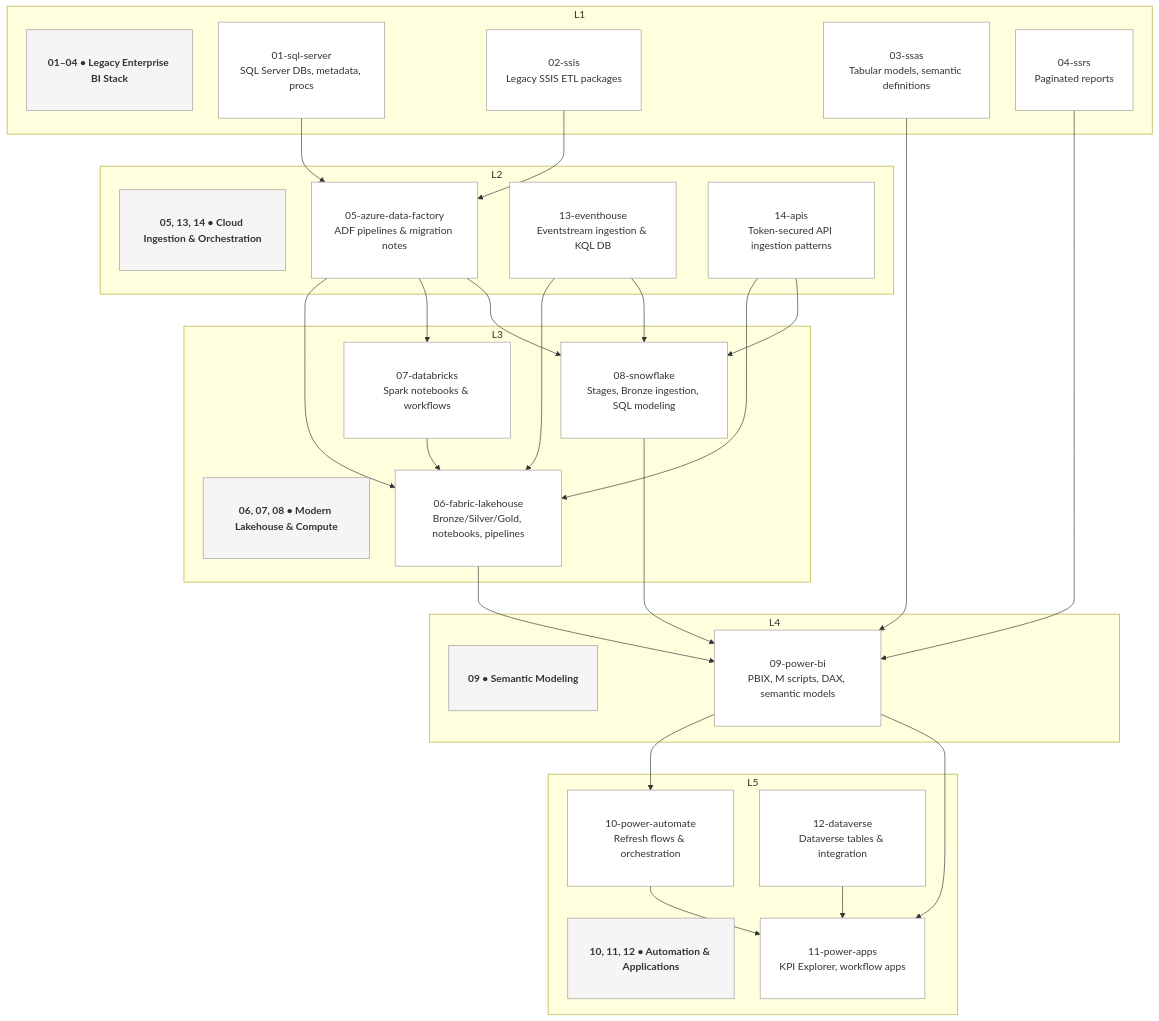
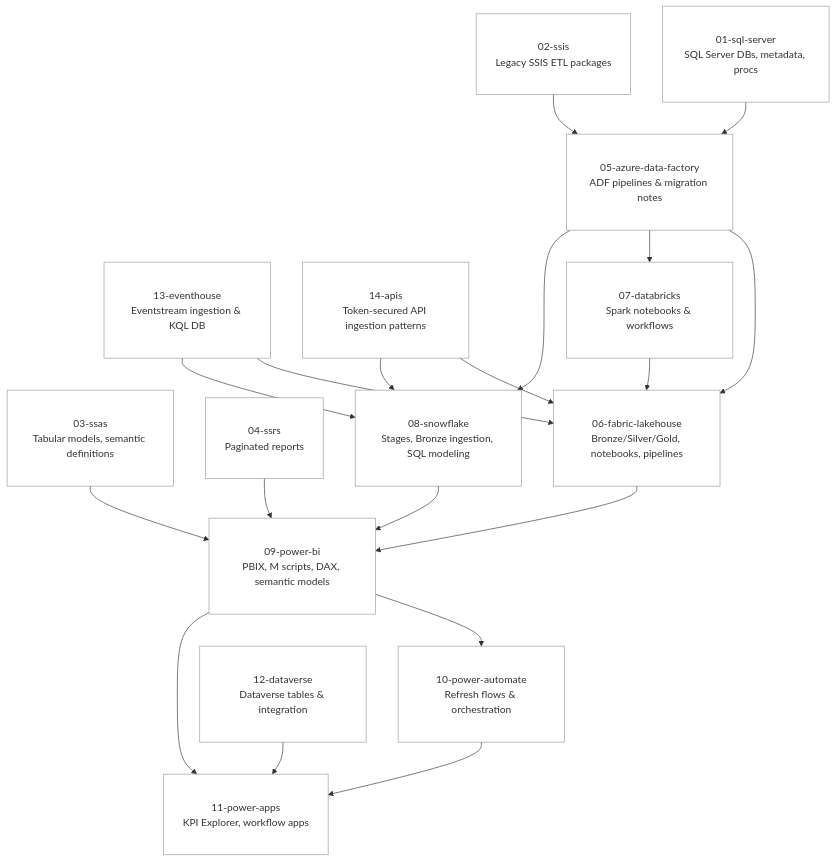
The diagram in docs/README.md (michaelraylloyd/gulf-to-bay-analytics-modernization), drawn with Mermaid before and after one commit.

Commit message:
Expanded SQL Server modernization narrative; added GTB-aligned documentation and DBA toolkit headers

````diff
--- a/docs/README.md
+++ b/docs/README.md
@@ -573,68 +573,33 @@
 ```mermaid
-%%{init: {'flowchart': {'nodeSpacing': 40, 'rankSpacing': 50}}}%%
-
 flowchart TB
 
-classDef pad fill:#ffffff,stroke:#999,stroke-width:1px,margin:20px,padding:10px;
-classDef subheader fill:#f5f5f5,stroke:#999,stroke-width:1px,font-weight:bold,padding:6px;
+classDef box fill:#ffffff,stroke:#999,stroke-width:1px,padding:10px;
 
-%% ---------------------------------------------------------
-%% L1 — LEGACY ENTERPRISE BI STACK
-%% ---------------------------------------------------------
-subgraph L1
-    L1_HDR["<b>01–04 • Legacy Enterprise BI Stack</b>"]:::subheader
+%% L1
+SQL[01-sql-server<br/>SQL Server DBs, metadata, procs]:::box
+SSIS[02-ssis<br/>Legacy SSIS ETL packages]:::box
+SSAS[03-ssas<br/>Tabular models, semantic definitions]:::box
+SSRS[04-ssrs<br/>Paginated reports]:::box
 
-    SQL[01-sql-server<br/>SQL Server DBs, metadata, procs]:::pad
-    SSIS[02-ssis<br/>Legacy SSIS ETL packages]:::pad
-    SSAS[03-ssas<br/>Tabular models, semantic definitions]:::pad
-    SSRS[04-ssrs<br/>Paginated reports]:::pad
-end
+%% L2
+ADF[05-azure-data-factory<br/>ADF pipelines & migration notes]:::box
+EVENT[13-eventhouse<br/>Eventstream ingestion & KQL DB]:::box
+APIS[14-apis<br/>Token-secured API ingestion patterns]:::box
 
-%% ---------------------------------------------------------
-%% L2 — CLOUD INGESTION & ORCHESTRATION
-%% ---------------------------------------------------------
-subgraph L2
-    L2_HDR["<b>05, 13, 14 • Cloud Ingestion & Orchestration</b>"]:::subheader
+%% L3
+FAB[06-fabric-lakehouse<br/>Bronze/Silver/Gold, notebooks, pipelines]:::box
+DBX[07-databricks<br/>Spark notebooks & workflows]:::box
+SNOW[08-snowflake<br/>Stages, Bronze ingestion, SQL modeling]:::box
 
-    ADF[05-azure-data-factory<br/>ADF pipelines & migration notes]:::pad
-    EVENT[13-eventhouse<br/>Eventstream ingestion & KQL DB]:::pad
-    APIS[14-apis<br/>Token-secured API ingestion patterns]:::pad
-end
+%% L4
+PBI[09-power-bi<br/>PBIX, M scripts, DAX, semantic models]:::box
 
-%% ---------------------------------------------------------
-%% L3 — MODERN LAKEHOUSE & COMPUTE
-%% ---------------------------------------------------------
-subgraph L3
-    L3_HDR["<b>06, 07, 08 • Modern Lakehouse & Compute</b>"]:::subheader
+%% L5
+PA[10-power-automate<br/>Refresh flows & orchestration]:::box
+APPS[11-power-apps<br/>KPI Explorer, workflow apps]:::box
+DV[12-dataverse<br/>Dataverse tables & integration]:::box
 
-    FAB[06-fabric-lakehouse<br/>Bronze/Silver/Gold, notebooks, pipelines]:::pad
-    DBX[07-databricks<br/>Spark notebooks & workflows]:::pad
-    SNOW[08-snowflake<br/>Stages, Bronze ingestion, SQL modeling]:::pad
-end
-
-%% ---------------------------------------------------------
-%% L4 — SEMANTIC MODELING
-%% ---------------------------------------------------------
-subgraph L4
-    L4_HDR["<b>09 • Semantic Modeling</b>"]:::subheader
-
-    PBI[09-power-bi<br/>PBIX, M scripts, DAX, semantic models]:::pad
-end
-
-%% ---------------------------------------------------------
-%% L5 — AUTOMATION & APPLICATIONS
-%% ---------------------------------------------------------
-subgraph L5
-    L5_HDR["<b>10, 11, 12 • Automation & Applications</b>"]:::subheader
-
-    PA[10-power-automate<br/>Refresh flows & orchestration]:::pad
-    APPS[11-power-apps<br/>KPI Explorer, workflow apps]:::pad
-    DV[12-dataverse<br/>Dataverse tables & integration]:::pad
-end
-
-%% ---------------------------------------------------------
 %% FLOWS
-%% ---------------------------------------------------------
 SQL --> ADF
 SSIS --> ADF
 SSAS --> PBI
````
